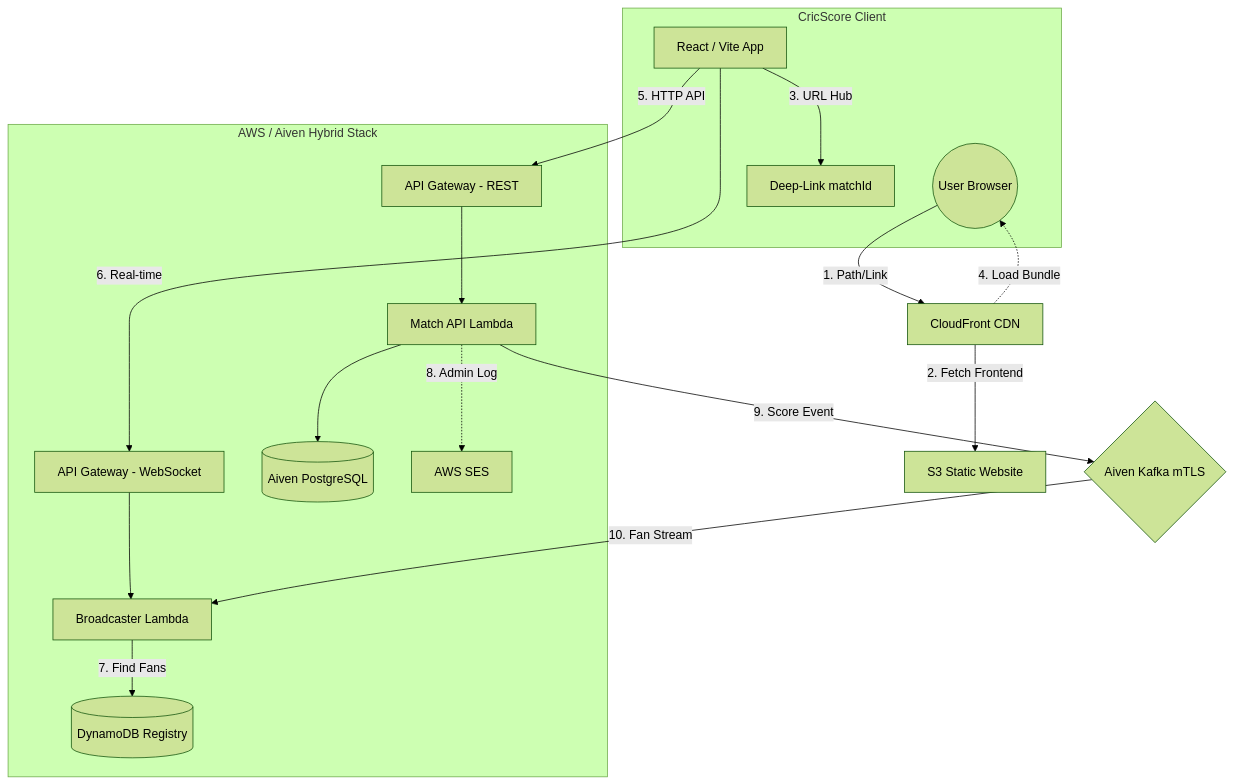
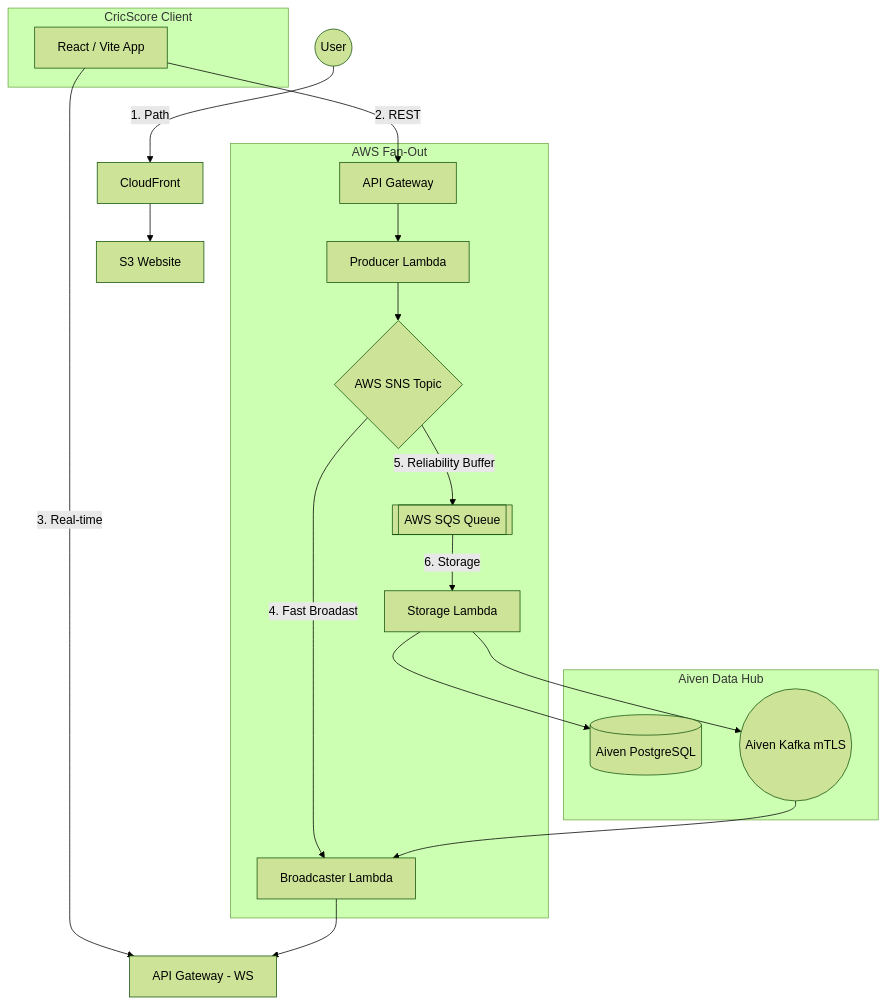
One commit to venkatesh-singamsetty/cric-score changed the first of 3 diagrams in docs/architecture.md. Above: the diagram before and after it, drawn with Mermaid (forest theme). The commit also changed other lines of this file and 18 other files, not shown here.

Commit message:
Release: v2.0 "Decoupled Fan-Out" Architecture (#9)

````diff
--- a/docs/architecture.md
+++ b/docs/architecture.md
@@ -6,27 +7,29 @@
 ```mermaid
 graph TD
-    User((User Browser)) -->|1. Path/Link| CF[CloudFront CDN]
-    CF -->|2. Fetch Frontend| S3[S3 Static Website]
+    User((User)) -->|1. Path| CF[CloudFront]
+    CF -->S3[S3 Website]
     
-    subgraph Browser_Environment [CricScore Client]
-        User
+    subgraph UI_Layer [CricScore Client]
         React[React / Vite App]
-        React -->|3. URL Hub| AppID[Deep-Link matchId]
     end
     
-    CF -.->|4. Load Bundle| User
-    React -->|5. HTTP API| APIGW_REST[API Gateway - REST]
-    React -->|6. Real-time| APIGW_WS[API Gateway - WebSocket]
+    React -->|2. REST| APIGW_REST[API Gateway]
+    React -->|3. Real-time| APIGW_WS[API Gateway - WS]
     
-    subgraph Backend_Cloud [AWS / Aiven Hybrid Stack]
-        APIGW_REST --> Lambda_API[Match API Lambda]
-        APIGW_WS --> Lambda_WS[Broadcaster Lambda]
+    subgraph Cloud_Orchestration [AWS Fan-Out]
+        APIGW_REST --> Producer[Producer Lambda]
+        Producer --> SNS{AWS SNS Topic}
         
-        Lambda_API --> PG[(Aiven PostgreSQL)]
-        Lambda_WS -->|7. Find Fans| DDB[(DynamoDB Registry)]
-        Lambda_API -.->|8. Admin Log| SES[AWS SES]
+        SNS -->|4. Fast Broadast| Broadcaster[Broadcaster Lambda]
+        SNS -->|5. Reliability Buffer| SQS[[AWS SQS Queue]]
+        SQS -->|6. Storage| Consumer[Storage Lambda]
     end
     
-    Lambda_API -->|9. Score Event| Kafka{Aiven Kafka mTLS}
-    Kafka -->|10. Fan Stream| Lambda_WS
+    subgraph Managed_Data [Aiven Data Hub]
+        Consumer --> PG[(Aiven PostgreSQL)]
+        Consumer --> Kafka((Aiven Kafka mTLS))
+    end
+    
+    Kafka --> Broadcaster
+    Broadcaster --> APIGW_WS
 ```
````
